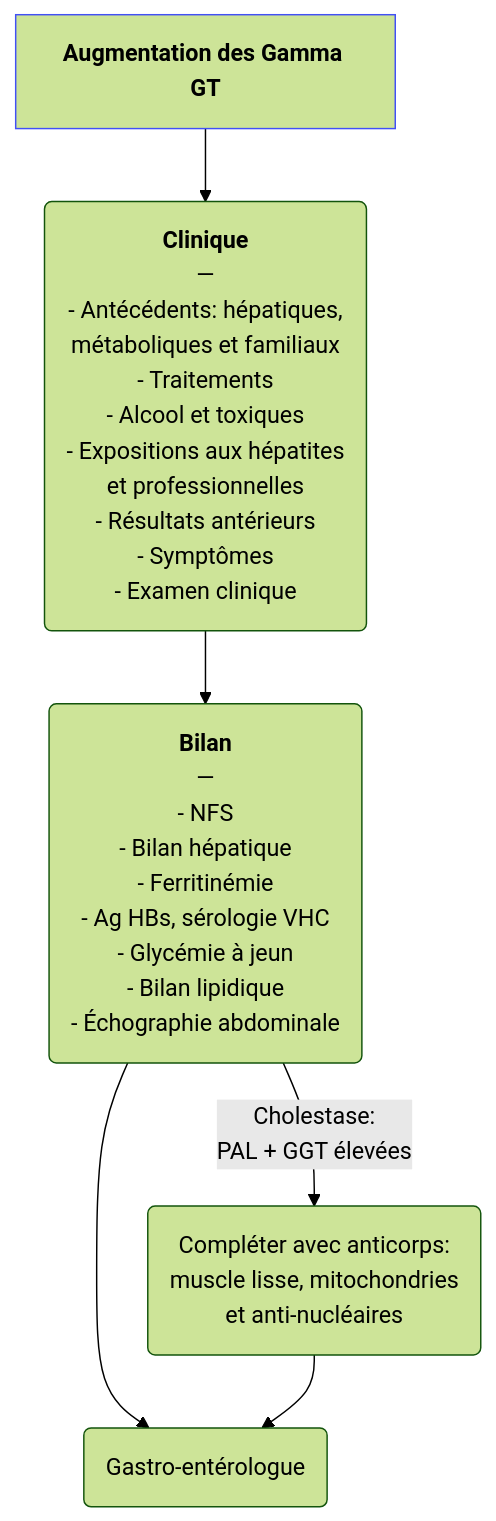
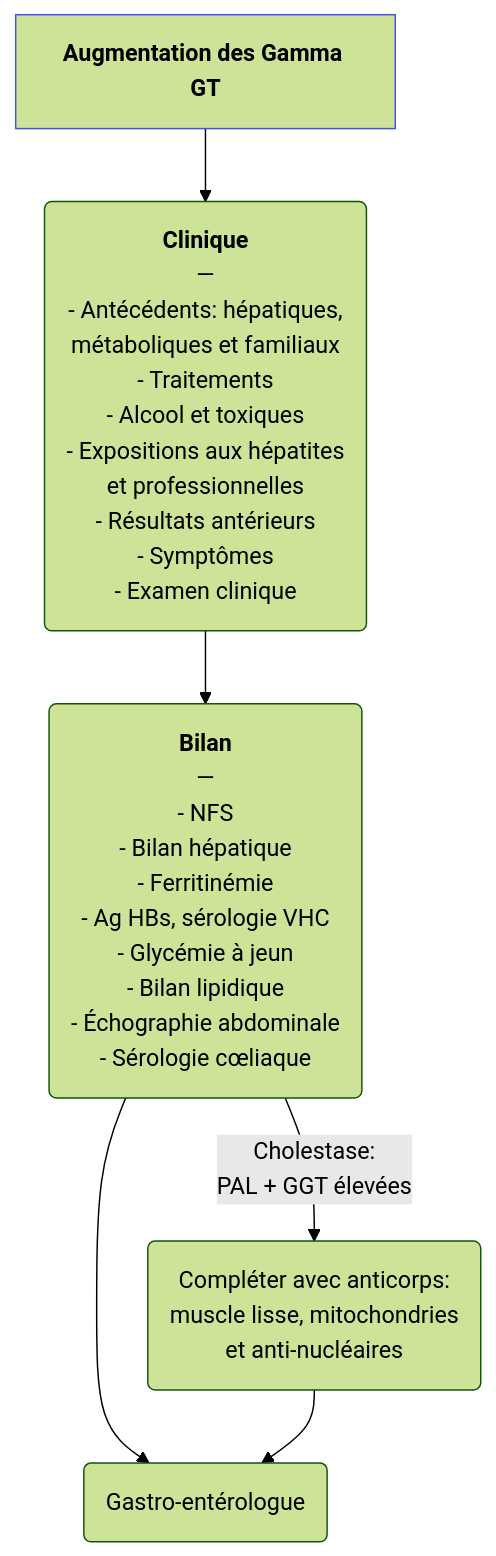
The diagram in content/recommandations/augmentation-gamma-gt.md (djibe/recommandations-medicales), drawn with Mermaid (forest theme) before and after one commit. The commit also changed other lines of this file and 16 other files, not shown here.

```diff
--- a/content/recommandations/augmentation-gamma-gt.md
+++ b/content/recommandations/augmentation-gamma-gt.md
@@ -139,6 +141,6 @@
 {{< mermaid title="Prise en charge d'une augmentation de la Gamma-GT par le médecin généraliste. Dr JB Fron d'après SNFGE et BSG" >}}
 graph TB
-  augmentation["<b>Augmentation des Gamma GT</b>"] --> clinique("<b>Clinique</b><br>—<br>- Antécédents: hépatiques,<br>métaboliques et familiaux<br>- Traitements<br>- Alcool et toxiques<br>- Expositions aux hépatites<br>et professionnelles<br>- Résultats antérieurs<br>- Symptômes<br>- Examen clinique") --> bilan("<b>Bilan</b><br>—<br>- NFS<br>- Bilan hépatique<br>- Ferritinémie<br>- Ag HBs, sérologie VHC<br>- Glycémie à jeun<br>- Bilan lipidique<br>- Échographie abdominale") --> gastro(Gastro-entérologue)
+  augmentation["<b>Augmentation des Gamma GT</b>"] --> clinique("<b>Clinique</b><br>—<br>- Antécédents: hépatiques,<br>métaboliques et familiaux<br>- Traitements<br>- Alcool et toxiques<br>- Expositions aux hépatites<br>et professionnelles<br>- Résultats antérieurs<br>- Symptômes<br>- Examen clinique") --> bilan("<b>Bilan</b><br>—<br>- NFS<br>- Bilan hépatique<br>- Ferritinémie<br>- Ag HBs, sérologie VHC<br>- Glycémie à jeun<br>- Bilan lipidique<br>- Échographie abdominale<br>- Sérologie cœliaque") --> gastro(Gastro-entérologue)
   bilan -- "Cholestase:<br>PAL + GGT élevées" --> anticorps("Compléter avec anticorps:<br>muscle lisse, mitochondries<br>et anti-nucléaires") --> gastro
   style augmentation stroke:#4150f5, stroke-width:1px
 {{< /mermaid >}}
```
